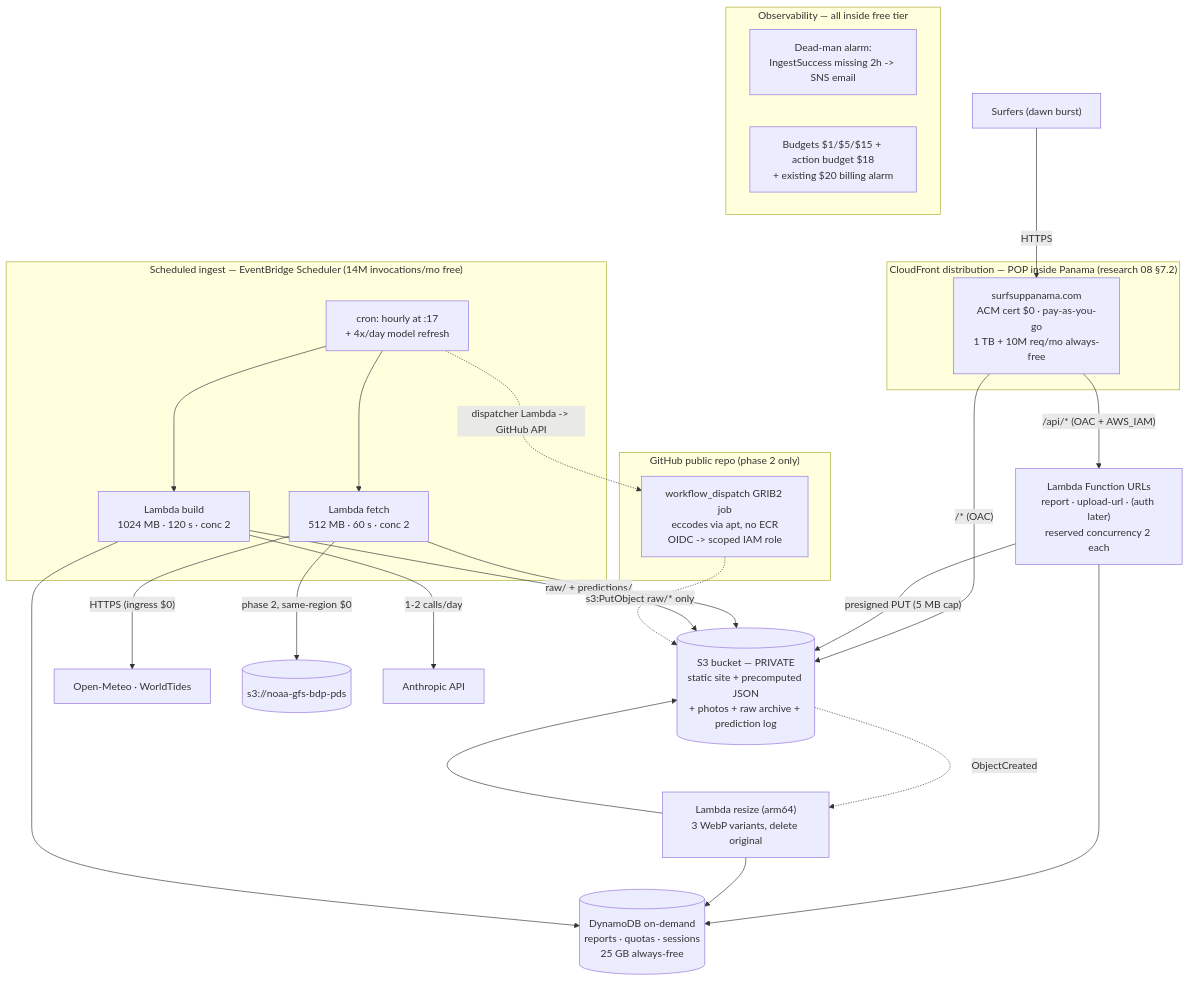
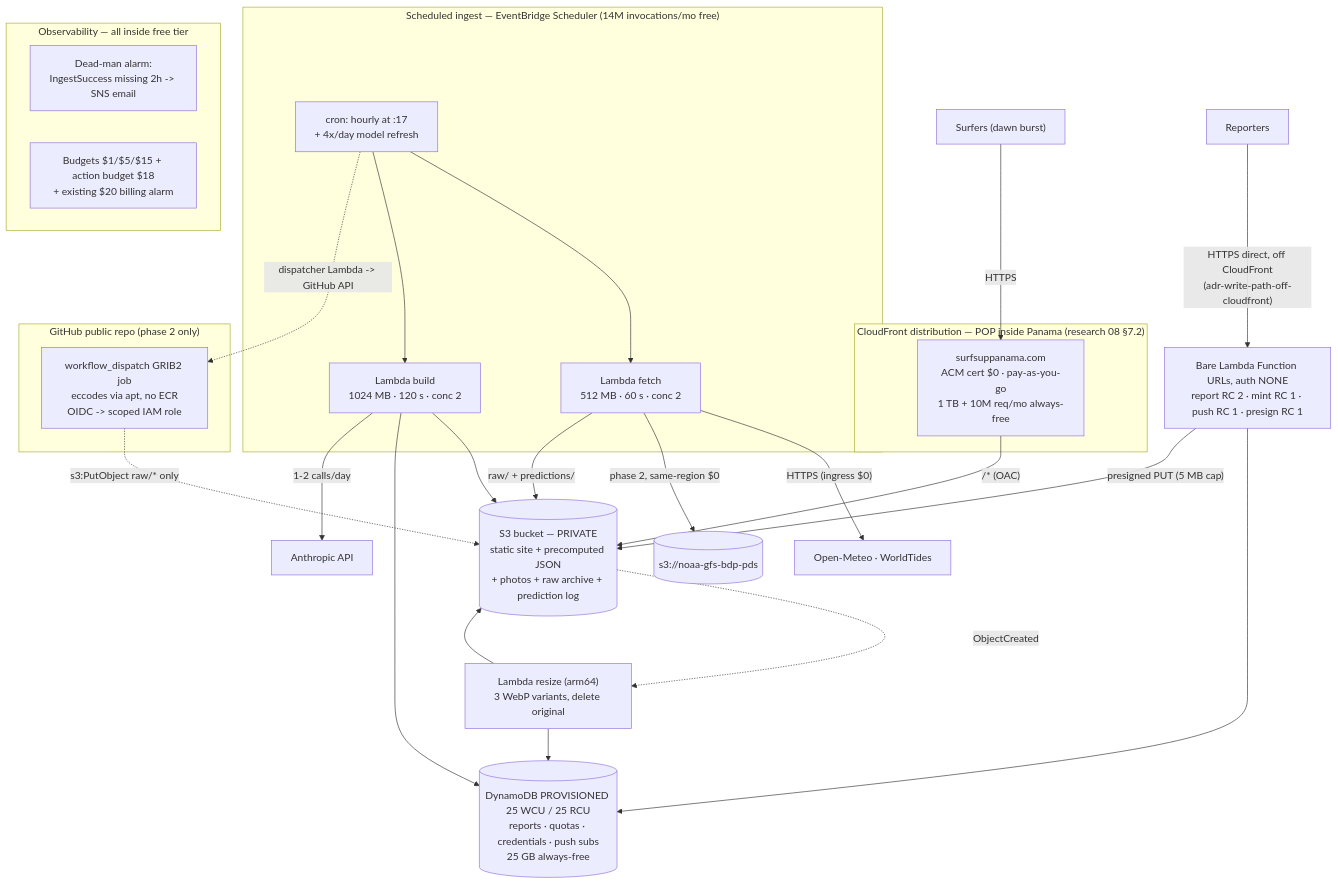
Before and after one commit to AndresPonce507/surfs-up-panama: the second of 2 diagrams in docs/product/architecture/system-architecture.md, drawn with Mermaid. The commit also changed other lines of this file and 9 other files, not shown here.

````diff
--- a/docs/product/architecture/system-architecture.md
+++ b/docs/product/architecture/system-architecture.md
@@ -77,33 +81,33 @@
 ```mermaid
 flowchart TB
     subgraph EDGE["CloudFront distribution — POP inside Panama (research 08 §7.2)"]
         CF["surfsuppanama.com<br/>ACM cert $0 · pay-as-you-go<br/>1 TB + 10M req/mo always-free"]
     end
     U["Surfers (dawn burst)"] -->|HTTPS| CF
     CF -->|"/* (OAC)"| S3[("S3 bucket — PRIVATE<br/>static site + precomputed JSON<br/>+ photos + raw archive + prediction log")]
-    CF -->|"/api/* (OAC + AWS_IAM)"| FURL["Lambda Function URLs<br/>report · upload-url · (auth later)<br/>reserved concurrency 2 each"]
-    FURL --> DDB[("DynamoDB on-demand<br/>reports · quotas · sessions<br/>25 GB always-free")]
+    RP["Reporters"] -->|"HTTPS direct, off CloudFront<br/>(adr-write-path-off-cloudfront)"| FURL["Bare Lambda Function URLs, auth NONE<br/>report RC 2 · mint RC 1 · push RC 1 · presign RC 1"]
+    FURL --> DDB[("DynamoDB PROVISIONED 25 WCU / 25 RCU<br/>reports · quotas · credentials · push subs<br/>25 GB always-free")]
     FURL -->|"presigned PUT (5 MB cap)"| S3
     S3 -.->|ObjectCreated| RS["Lambda resize (arm64)<br/>3 WebP variants, delete original"]
     RS --> S3
     RS --> DDB
     subgraph SCHED["Scheduled ingest — EventBridge Scheduler (14M invocations/mo free)"]
         EB["cron: hourly at :17<br/>+ 4x/day model refresh"] --> FETCH["Lambda fetch<br/>512 MB · 60 s · conc 2"]
         EB --> BUILD["Lambda build<br/>1024 MB · 120 s · conc 2"]
     end
     FETCH -->|"HTTPS (ingress $0)"| PROV["Open-Meteo · WorldTides"]
     FETCH -->|"phase 2, same-region $0"| NOAA[("s3://noaa-gfs-bdp-pds")]
     FETCH -->|"raw/ + predictions/"| S3
     BUILD --> S3
     BUILD --> DDB
     BUILD -->|"1-2 calls/day"| LLM["Anthropic API"]
     subgraph OBS["Observability — all inside free tier"]
         DMS["Dead-man alarm:<br/>IngestSuccess missing 2h -> SNS email"]
         BUDG["Budgets $1/$5/$15 + action budget $18<br/>+ existing $20 billing alarm"]
     end
     subgraph GH["GitHub public repo (phase 2 only)"]
         WF["workflow_dispatch GRIB2 job<br/>eccodes via apt, no ECR<br/>OIDC -> scoped IAM role"]
     end
     EB -.->|"dispatcher Lambda -> GitHub API"| WF
     WF -.->|"s3:PutObject raw/* only"| S3
 ```
````
